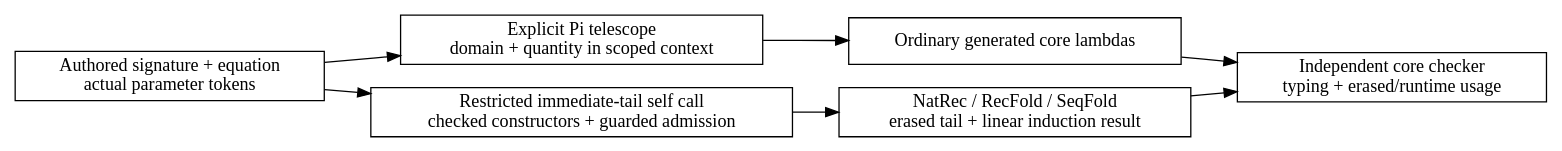
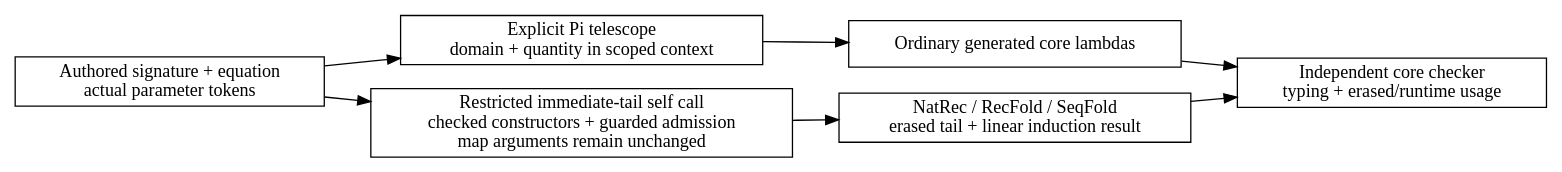
One commit to odunboye/fibril changed the diagram in docs/diagrams/function-equations.dot. Above: the diagram before and after it, drawn with Graphviz. The commit also changed 8 other files, not shown here.

```diff
--- a/docs/diagrams/function-equations.dot
+++ b/docs/diagrams/function-equations.dot
@@ -1,12 +1,12 @@
 digraph FunctionEquations {
   rankdir=LR;
   node [shape=box];
   source [label="Authored signature + equation\nactual parameter tokens"];
   pi [label="Explicit Pi telescope\ndomain + quantity in scoped context"];
   body [label="Ordinary generated core lambdas"];
-  structural [label="Restricted immediate-tail self call\nchecked constructors + guarded admission"];
+  structural [label="Restricted immediate-tail self call\nchecked constructors + guarded admission\nmap arguments remain unchanged"];
   fold [label="NatRec / RecFold / SeqFold\nerased tail + linear induction result"];
   check [label="Independent core checker\ntyping + erased/runtime usage"];
   source -> pi -> body -> check;
   source -> structural -> fold -> check;
 }
```
